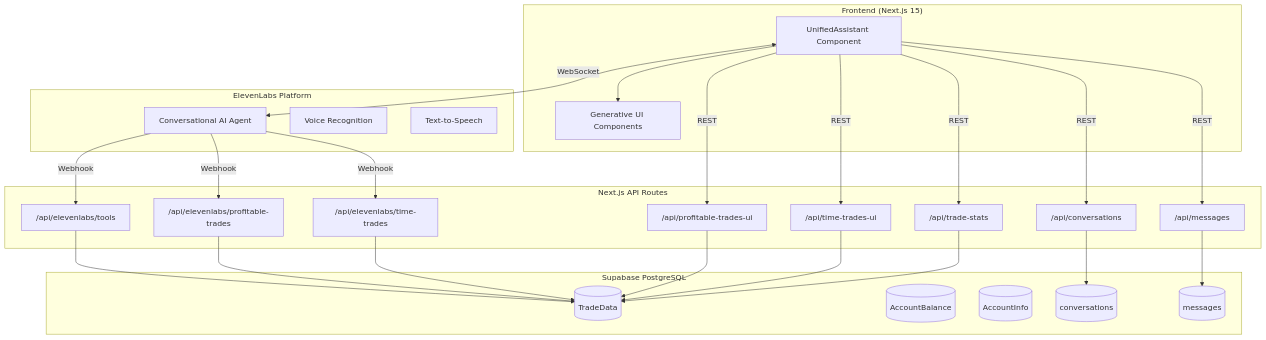
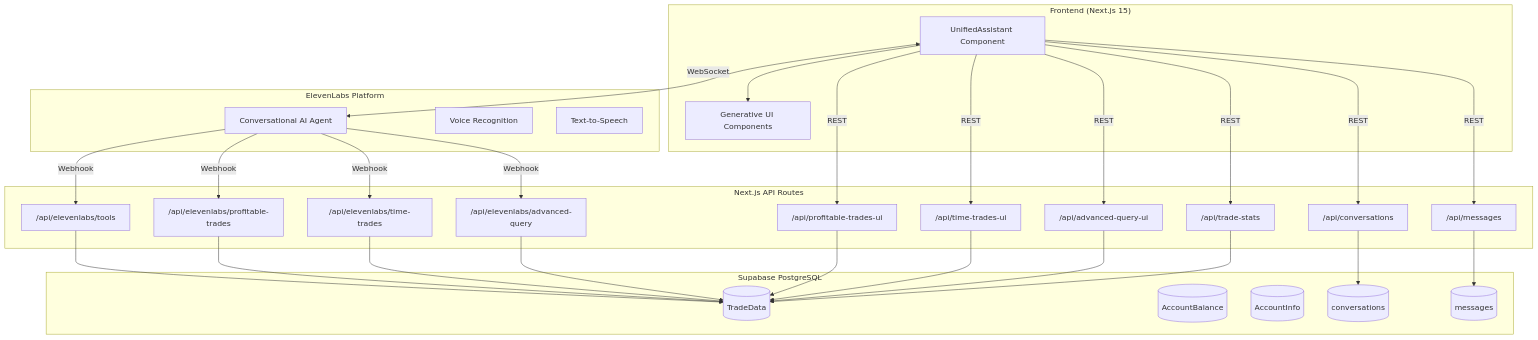
The first of 8 diagrams in README.md (fin-agent/finagent-frontend), drawn with Mermaid before and after one commit. The commit also changed other lines of this file and 1 other file, not shown here.

First line of the commit message:
Update documentation with advanced options query features

````diff
--- a/README.md
+++ b/README.md
@@ -18,52 +18,58 @@
 ```mermaid
 flowchart TB
     subgraph Client["Frontend (Next.js 15)"]
         UA[UnifiedAssistant Component]
         GU[Generative UI Components]
         UA --> GU
     end
 
     subgraph ElevenLabs["ElevenLabs Platform"]
         Agent[Conversational AI Agent]
         Voice[Voice Recognition]
         TTS[Text-to-Speech]
     end
 
     subgraph API["Next.js API Routes"]
         Tools["/api/elevenlabs/tools"]
         PT["/api/elevenlabs/profitable-trades"]
         TT["/api/elevenlabs/time-trades"]
+        AQ["/api/elevenlabs/advanced-query"]
         TS["/api/trade-stats"]
         TUI["/api/profitable-trades-ui"]
         TTUI["/api/time-trades-ui"]
+        AQUI["/api/advanced-query-ui"]
         Conv["/api/conversations"]
         Msg["/api/messages"]
     end
 
     subgraph Database["Supabase PostgreSQL"]
         TD[(TradeData)]
         AB[(AccountBalance)]
         AI[(AccountInfo)]
         C[(conversations)]
         M[(messages)]
     end
 
     UA <-->|WebSocket| Agent
     Agent -->|Webhook| Tools
     Agent -->|Webhook| PT
     Agent -->|Webhook| TT
+    Agent -->|Webhook| AQ
     UA -->|REST| TUI
+    UA -->|REST| AQUI
     UA -->|REST| TTUI
     UA -->|REST| TS
     UA -->|REST| Conv
     UA -->|REST| Msg
 
     Tools --> TD
     PT --> TD
     TT --> TD
+    AQ --> TD
     TUI --> TD
     TTUI --> TD
+    AQUI --> TD
     TS --> TD
     Conv --> C
     Msg --> M
 ```
````
